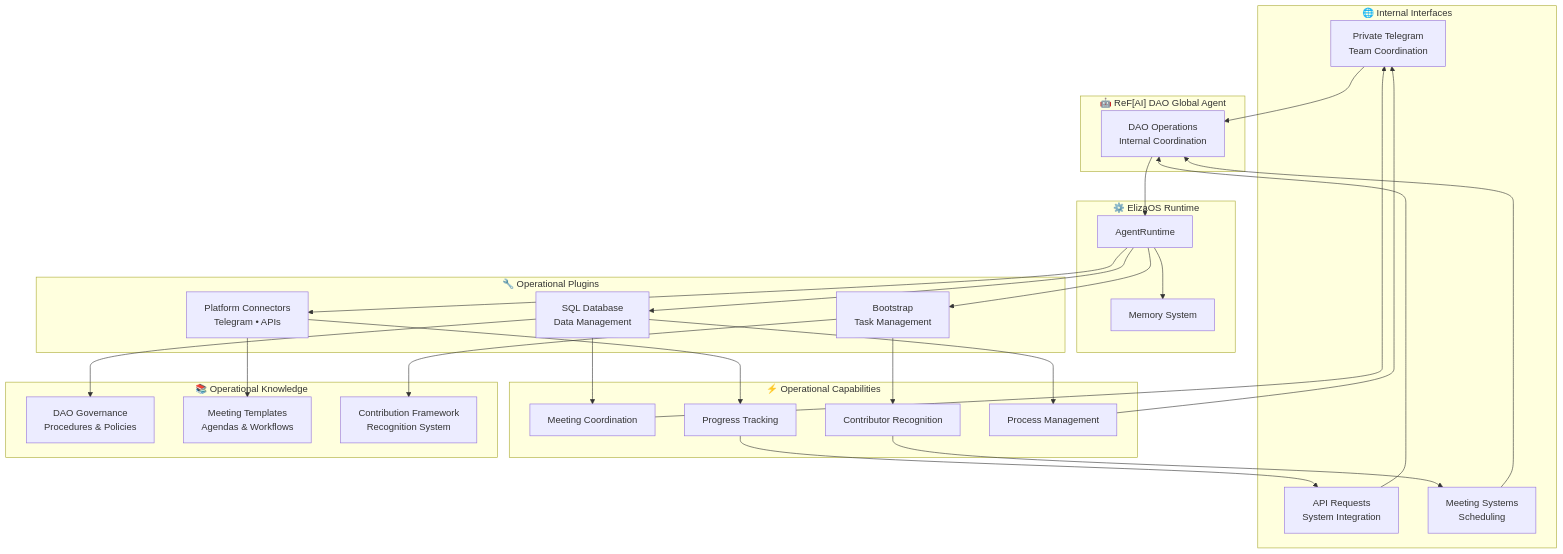
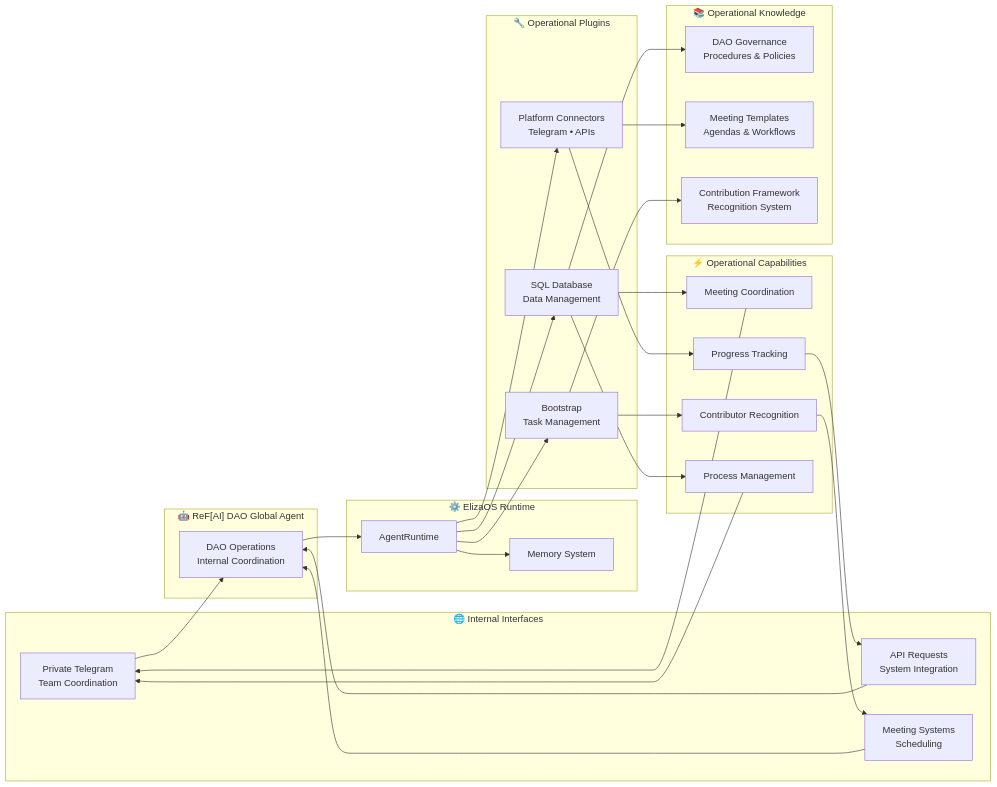
Before and after one commit to ReFiDAO/regen_eliza-refi_dao: the fourth of 4 diagrams in README.md, drawn with Mermaid. The commit also changed other lines of this file, not shown here.

First line of the commit message:
fix: Fix Mermaid rendering and change diagram orientation

````diff
--- a/README.md
+++ b/README.md
@@ -254,67 +254,67 @@
 ```mermaid
-graph TB
+graph LR
     %% External Interfaces - Internal Focus
     subgraph "🌐 Internal Interfaces"
-        INT1[Private Telegram<br/>Team Coordination]
-        INT2[API Requests<br/>System Integration]
-        INT3[Meeting Systems<br/>Scheduling]
+        INT1["Private Telegram<br/>Team Coordination"]
+        INT2["API Requests<br/>System Integration"]
+        INT3["Meeting Systems<br/>Scheduling"]
     end
     
     %% ReF[AI] DAO Global Agent
     subgraph "🤖 ReF[AI] DAO Global Agent"
-        GA[DAO Operations<br/>Internal Coordination]
+        GA["DAO Operations<br/>Internal Coordination"]
     end
     
     %% ElizaOS Runtime
     subgraph "⚙️ ElizaOS Runtime"
-        RT3[AgentRuntime]
-        MEM3[Memory System]
+        RT3["AgentRuntime"]
+        MEM3["Memory System"]
     end
     
     %% Operational Plugins
     subgraph "🔧 Operational Plugins"
-        PLG7[SQL Database<br/>Data Management]
-        PLG8[Platform Connectors<br/>Telegram • APIs]
-        PLG9[Bootstrap<br/>Task Management]
+        PLG7["SQL Database<br/>Data Management"]
+        PLG8["Platform Connectors<br/>Telegram • APIs"]
+        PLG9["Bootstrap<br/>Task Management"]
     end
     
     %% Operational Capabilities
     subgraph "⚡ Operational Capabilities"
-        CAP9[Meeting Coordination]
-        CAP10[Progress Tracking]
-        CAP11[Contributor Recognition]
-        CAP12[Process Management]
+        CAP9["Meeting Coordination"]
+        CAP10["Progress Tracking"]
+        CAP11["Contributor Recognition"]
+        CAP12["Process Management"]
     end
     
     %% Operational Knowledge
     subgraph "📚 Operational Knowledge"
-        KB7[DAO Governance<br/>Procedures & Policies]
-        KB8[Meeting Templates<br/>Agendas & Workflows]
-        KB9[Contribution Framework<br/>Recognition System]
+        KB7["DAO Governance<br/>Procedures & Policies"]
+        KB8["Meeting Templates<br/>Agendas & Workflows"]
+        KB9["Contribution Framework<br/>Recognition System"]
     end
     
     %% Data Flow
     INT1 --> GA
     INT2 --> GA
     INT3 --> GA
     
     GA --> RT3
     RT3 --> PLG7
     RT3 --> PLG8
     RT3 --> PLG9
     RT3 --> MEM3
     
     PLG7 --> KB7
     PLG8 --> KB8
     PLG9 --> KB9
     
     PLG7 --> CAP9
     PLG8 --> CAP10
     PLG9 --> CAP11
     PLG7 --> CAP12
     
     CAP9 --> INT1
     CAP10 --> INT2
     CAP11 --> INT3
     CAP12 --> INT1
 ```
````
